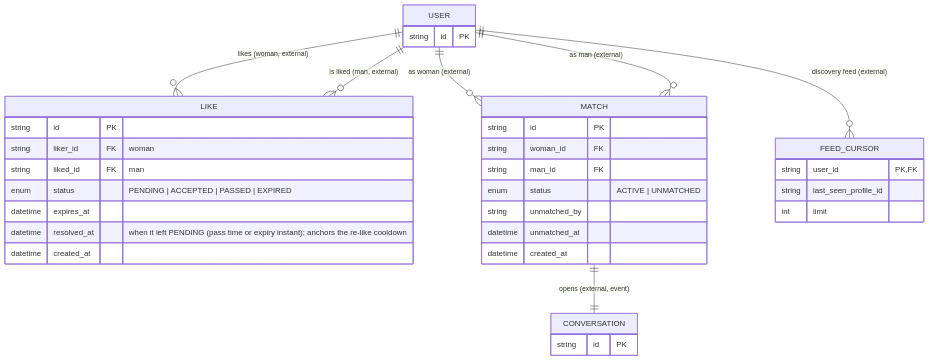
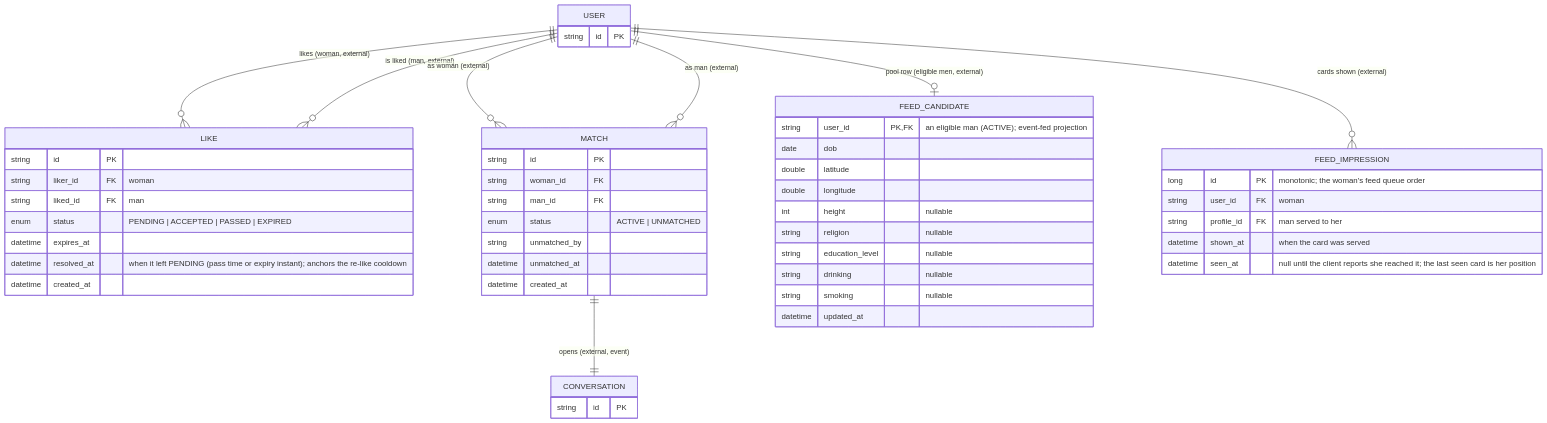
The fifth of 8 diagrams in entities/er-diagram.md (cheetah-org/fold-design), drawn with Mermaid before and after one commit. The commit also changed other lines of this file and 2 other files, not shown here.

First line of the commit message:
Document the matching discovery feed and its contract changes

````diff
--- a/entities/er-diagram.md
+++ b/entities/er-diagram.md
@@ -367,43 +382,58 @@
 ```mermaid
 erDiagram
     %% Owned entities
     LIKE {
         string id PK
         string liker_id FK "woman"
         string liked_id FK "man"
         enum status "PENDING | ACCEPTED | PASSED | EXPIRED"
         datetime expires_at
         datetime resolved_at "when it left PENDING (pass time or expiry instant); anchors the re-like cooldown"
         datetime created_at
     }
     MATCH {
         string id PK
         string woman_id FK
         string man_id FK
         enum status "ACTIVE | UNMATCHED"
         string unmatched_by
         datetime unmatched_at
         datetime created_at
     }
-    FEED_CURSOR {
-        string user_id PK, FK
-        string last_seen_profile_id
-        int limit
+    FEED_CANDIDATE {
+        string user_id PK, FK "an eligible man (ACTIVE); event-fed projection"
+        date dob
+        double latitude
+        double longitude
+        int height "nullable"
+        string religion "nullable"
+        string education_level "nullable"
+        string drinking "nullable"
+        string smoking "nullable"
+        datetime updated_at
+    }
+    FEED_IMPRESSION {
+        long id PK "monotonic; the woman's feed queue order"
+        string user_id FK "woman"
+        string profile_id FK "man served to her"
+        datetime shown_at "when the card was served"
+        datetime seen_at "null until the client reports she reached it; the last seen card is her position"
     }
 
     %% External references (owned by User / Chat Service)
     USER {
         string id PK
     }
     CONVERSATION {
         string id PK
     }
 
     %% Relationships
     USER ||--o{ LIKE : "likes (woman, external)"
     USER ||--o{ LIKE : "is liked (man, external)"
     USER ||--o{ MATCH : "as woman (external)"
     USER ||--o{ MATCH : "as man (external)"
-    USER ||--o{ FEED_CURSOR : "discovery feed (external)"
+    USER ||--o| FEED_CANDIDATE : "pool row (eligible men, external)"
+    USER ||--o{ FEED_IMPRESSION : "cards shown (external)"
     MATCH ||--|| CONVERSATION : "opens (external, event)"
 ```
````
